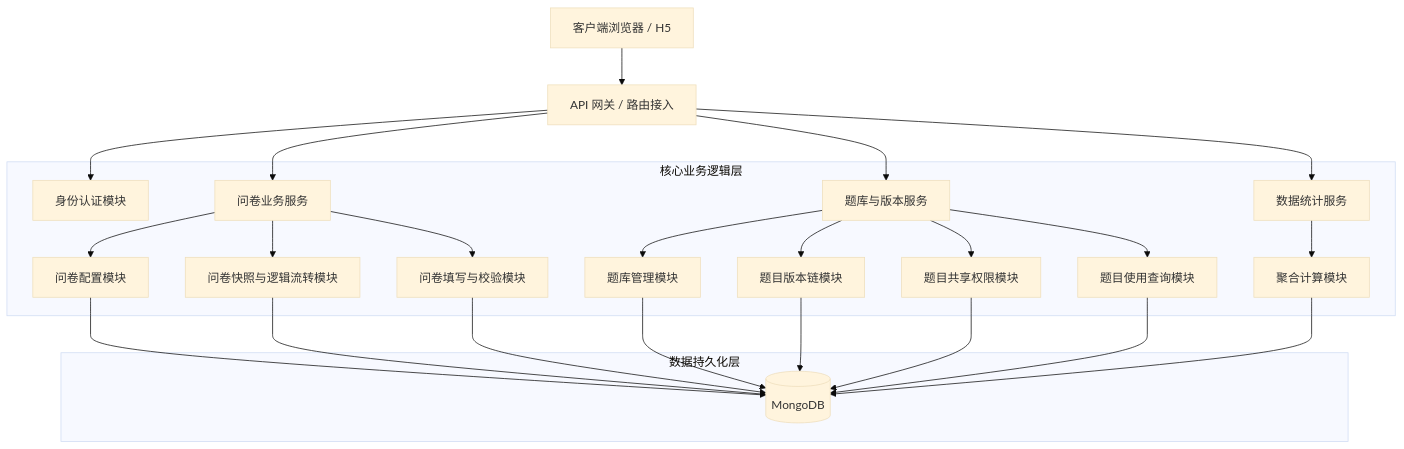
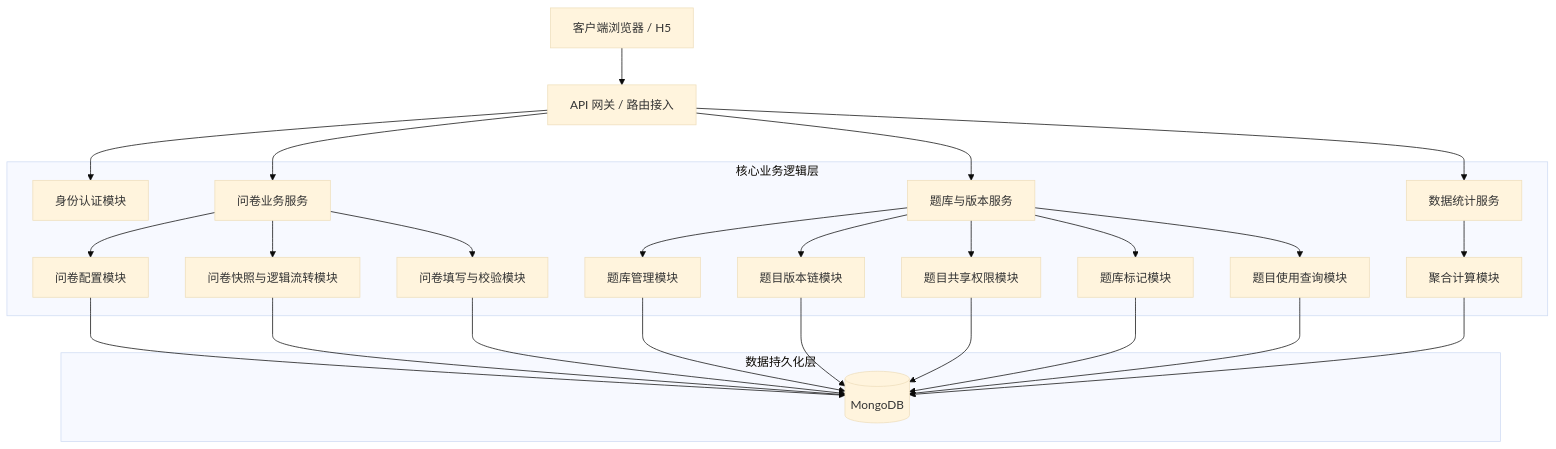
The first of 6 diagrams in doc/02-architecture.md (4bqwq/fastapi-mongo-survey), drawn with Mermaid (base theme) before and after one commit. The commit also changed other lines of this file and 9 other files, not shown here.

Commit message:
feat(question,library): implement personal question library with add/remove/browse endpoints and libraryMembers model

````diff
--- a/doc/02-architecture.md
+++ b/doc/02-architecture.md
@@ -15,32 +15,34 @@
 ```mermaid
 flowchart TD
     Client[客户端浏览器 / H5] --> Gateway[API 网关 / 路由接入]
     
     Gateway --> AuthCenter[身份认证模块]
     Gateway --> SurveyBiz[问卷业务服务]
     Gateway --> QuestionBiz[题库与版本服务]
     Gateway --> StatBiz[数据统计服务]
 
     subgraph 核心业务逻辑层
         AuthCenter
         SurveyBiz --> Config[问卷配置模块]
         SurveyBiz --> Editor[问卷快照与逻辑流转模块]
         QuestionBiz --> Bank[题库管理模块]
         QuestionBiz --> Versioning[题目版本链模块]
         QuestionBiz --> Sharing[题目共享权限模块]
+        QuestionBiz --> Library[题库标记模块]
         QuestionBiz --> Usage[题目使用查询模块]
         SurveyBiz --> Fill[问卷填写与校验模块]
         StatBiz --> Agg[聚合计算模块]
     end
 
     subgraph 数据持久化层
         Config --> Mongo[(MongoDB)]
         Editor --> Mongo
         Bank --> Mongo
         Versioning --> Mongo
         Sharing --> Mongo
+        Library --> Mongo
         Usage --> Mongo
         Fill --> Mongo
         Agg --> Mongo
     end
 ```
````
